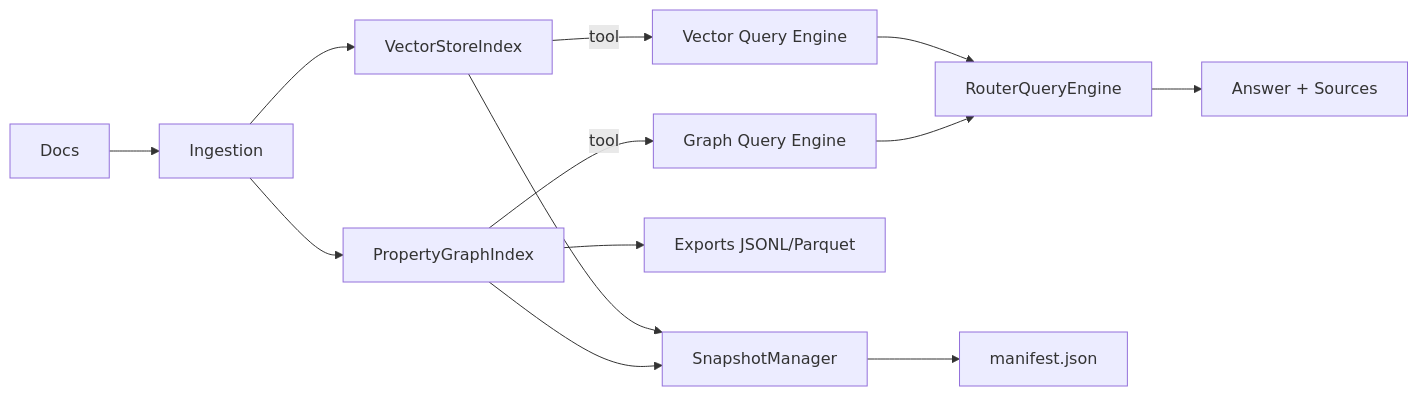
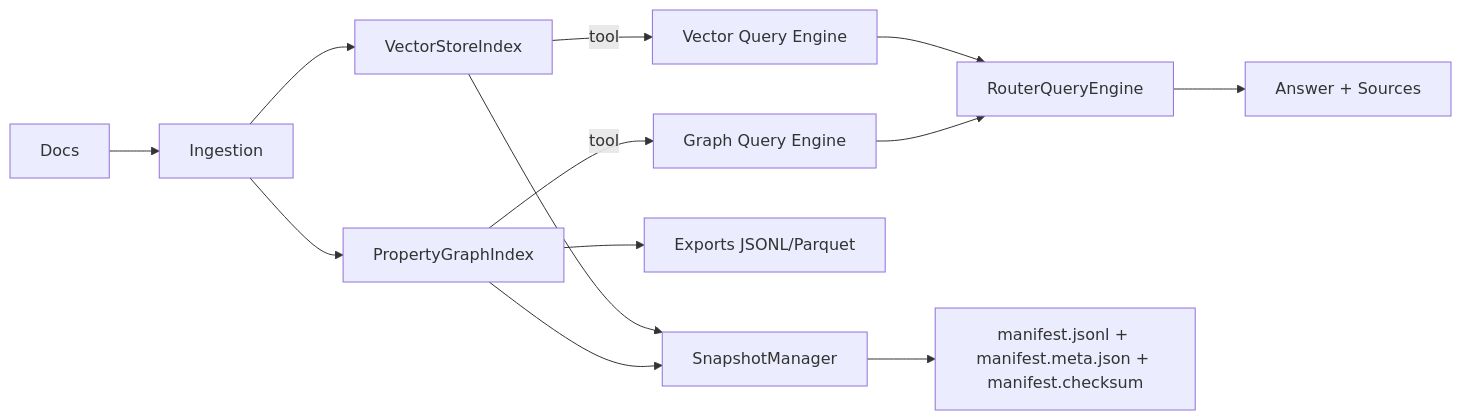
The diagram in docs/developers/adrs/ADR-038-graphrag-persistence-and-router.md (BjornMelin/docmind-ai-llm), drawn with Mermaid before and after one commit. The commit also changed other lines of this file and 284 other files, not shown here.

````diff
--- a/docs/developers/adrs/ADR-038-graphrag-persistence-and-router.md
+++ b/docs/developers/adrs/ADR-038-graphrag-persistence-and-router.md
@@ -62,13 +73,13 @@
 ```mermaid
 flowchart LR
   D[Docs] --> I[Ingestion]
   I --> V[VectorStoreIndex]
   I --> PG[PropertyGraphIndex]
   V -->|tool| T1[Vector Query Engine]
   PG -->|tool| T2[Graph Query Engine]
   T1 & T2 --> R[RouterQueryEngine]
   R --> A[Answer + Sources]
   PG --> E[Exports JSONL/Parquet]
   V & PG --> S[SnapshotManager]
-  S --> M[manifest.json]
+  S --> M[manifest.jsonl + manifest.meta.json + manifest.checksum]
 ```
````
